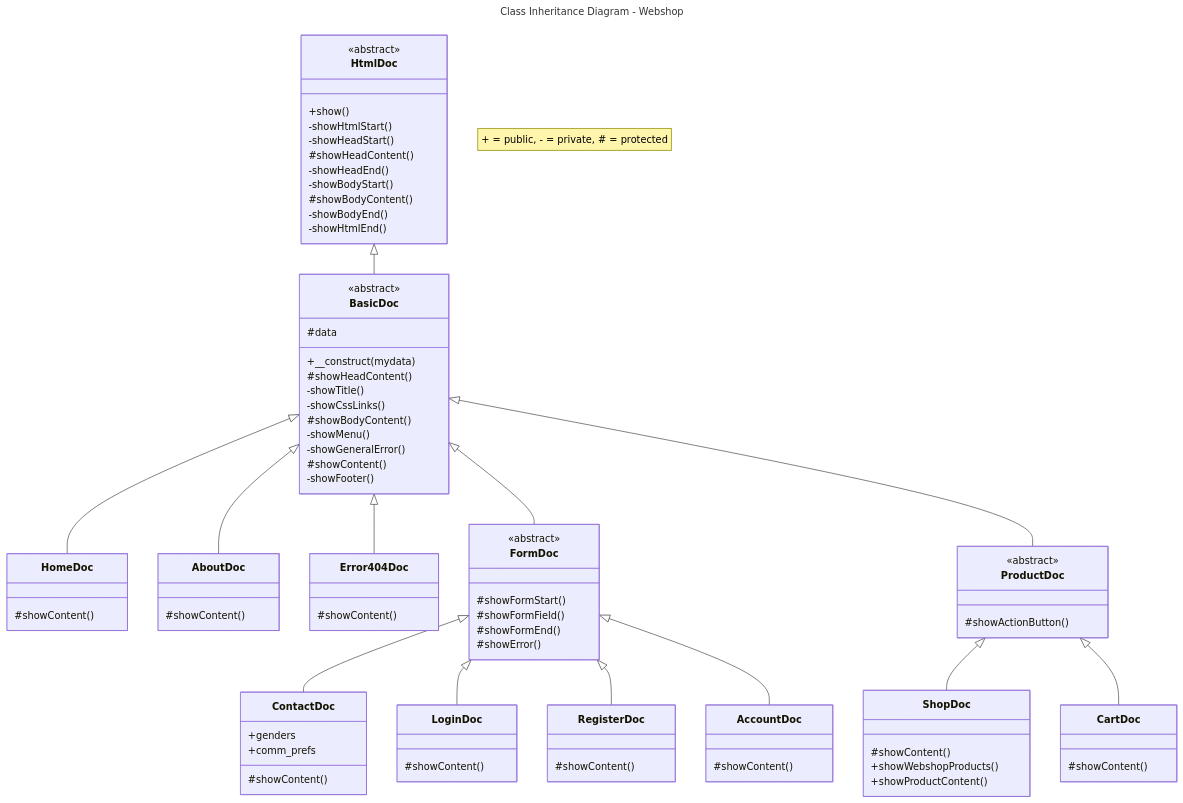
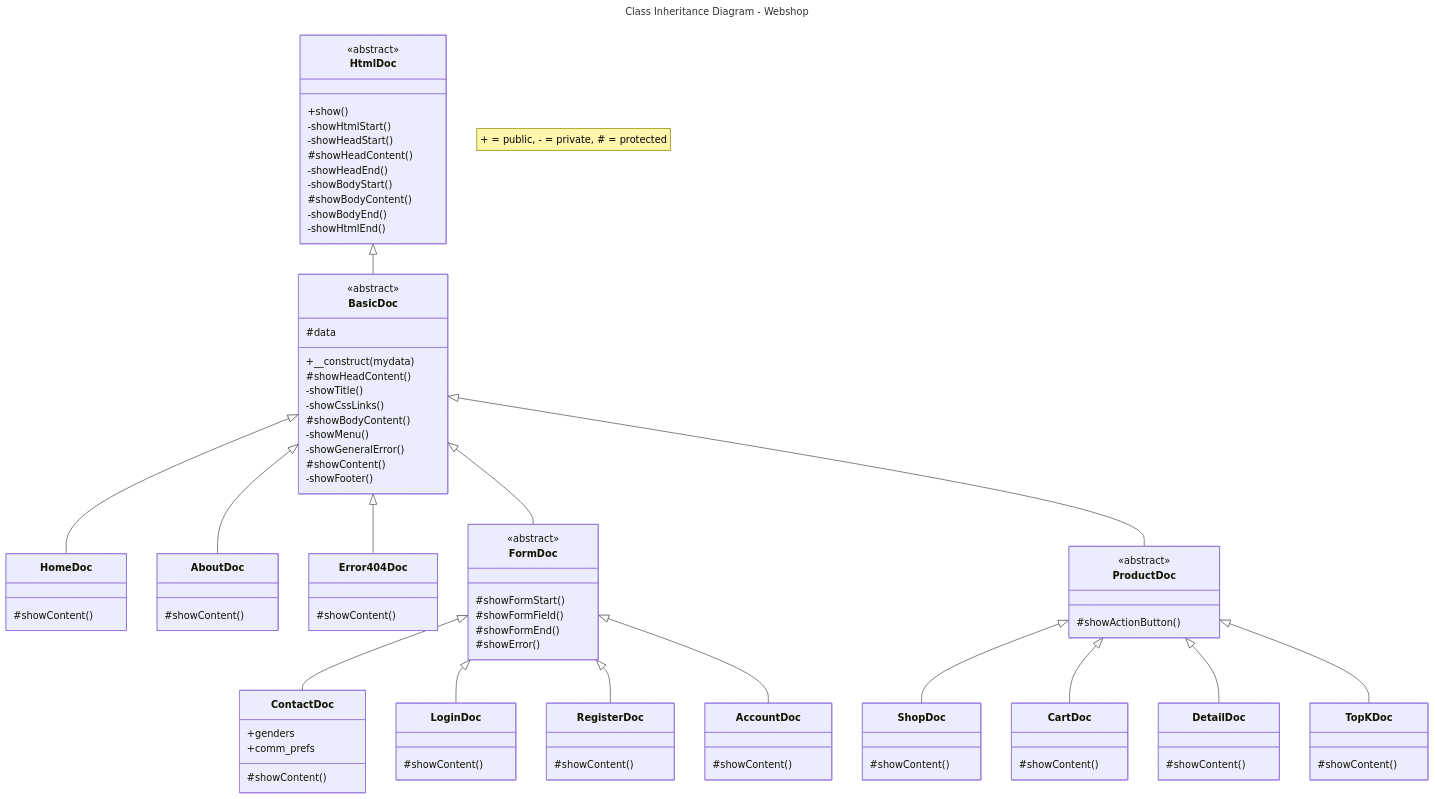
The diagram in Diagrams/class-inheritance-diagram-webshop.md (JeroenHeemskerk/educom-webshop-oop-1713521403), drawn with Mermaid before and after one commit.

Commit message:
01A: opdr 4.1, issue 2; classDiagram weer geupdatet naar nieuwe implementatie

````diff
--- a/Diagrams/class-inheritance-diagram-webshop.md
+++ b/Diagrams/class-inheritance-diagram-webshop.md
@@ -19,7 +19,9 @@
     FormDoc <|-- AccountDoc
 
     ProductDoc <|-- ShopDoc
-    ProductDoc <|-- CartDoc    
+    ProductDoc <|-- CartDoc
+    ProductDoc <|-- DetailDoc
+    ProductDoc <|-- TopKDoc
 
     class HtmlDoc{
         <<abstract>>
@@ -82,11 +84,16 @@
     }
     class ShopDoc{
         #showContent()
-        +showWebshopProducts()
-        +showProductContent()
     }
     class CartDoc{
         #showContent()
     }
+    class DetailDoc {
+        #showContent()
+    }
+    class TopKDoc {
+        #showContent()
+    }
+
 
 ```
````
